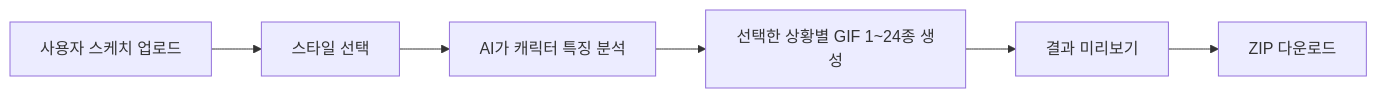
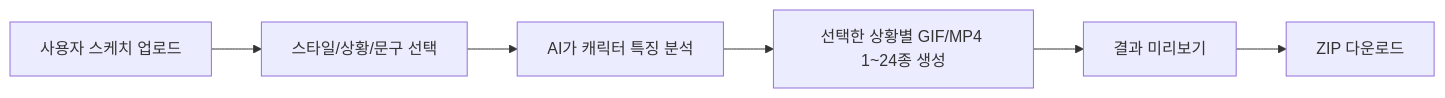
One commit to YOUNGDAE-PARK/imoji changed the diagram in docs/requirements.md. Above: the diagram before and after it, drawn with Mermaid. The commit also changed other lines of this file and 19 other files, not shown here.

````diff
--- a/docs/requirements.md
+++ b/docs/requirements.md
@@ -102,8 +107,8 @@
 ```mermaid
 flowchart LR
-    A[사용자 스케치 업로드] --> B[스타일 선택]
+    A[사용자 스케치 업로드] --> B[스타일/상황/문구 선택]
     B --> C[AI가 캐릭터 특징 분석]
-    C --> D[선택한 상황별 GIF 1~24종 생성]
+    C --> D[선택한 상황별 GIF/MP4 1~24종 생성]
     D --> E[결과 미리보기]
     E --> F[ZIP 다운로드]
 ```
````
